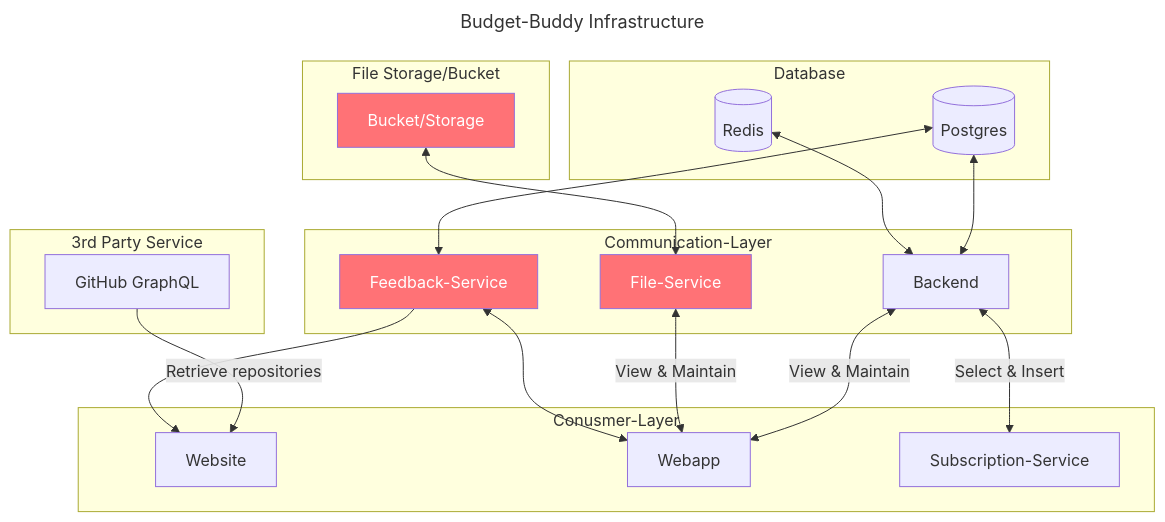
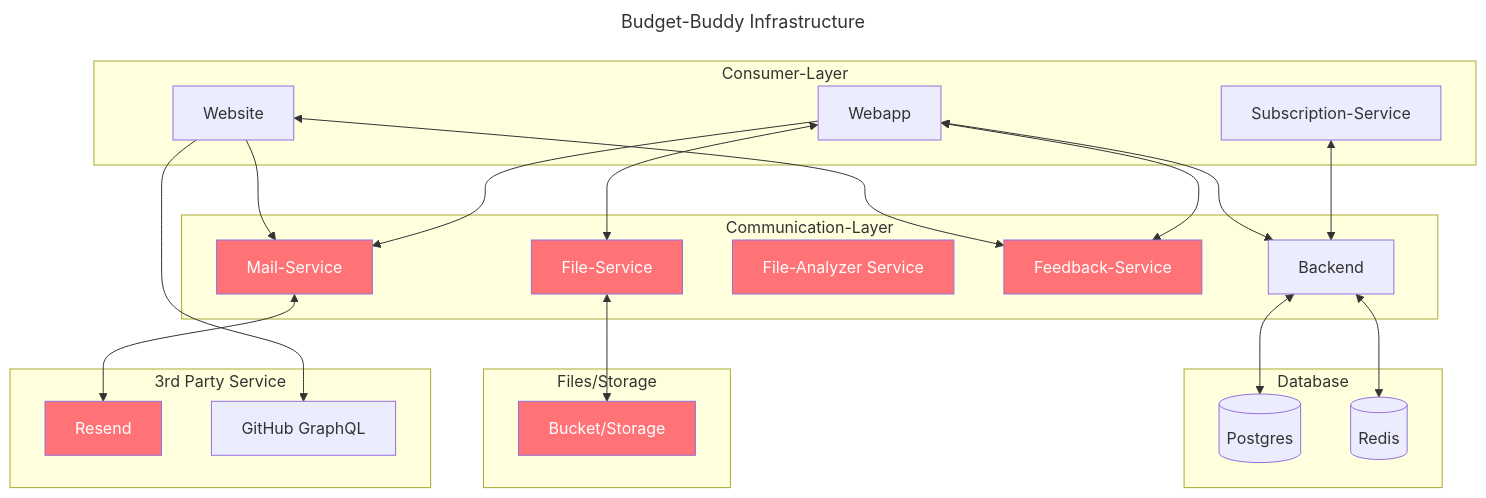
One commit to BudgetBuddyDE/setup changed the first of 2 diagrams in README.md. Above: the diagram before and after it, drawn with Mermaid.

Commit message:
docs: Update infrastructure plans

````diff
--- a/README.md
+++ b/README.md
@@ -8,42 +8,74 @@
 ```mermaid
 ---
 title: Budget-Buddy Infrastructure
 ---
 flowchart TD
 
-style bucket fill:#FF7276;
-style bucket color:#fff;
+style mail-service fill:#FF7276;
+style mail-service color:#fff;
 style file-service fill:#FF7276;
 style file-service color:#fff;
+style file-analyzer-service fill:#FF7276;
+style file-analyzer-service color:#fff;
 style feedback-service fill:#FF7276;
 style feedback-service color:#fff;
+style resend fill:#FF7276;
+style resend color:#fff;
+style storage fill:#FF7276;
+style storage color:#fff;
+
+webapp[Webapp]
+website[Website]
+subscription-service[Subscription-Service]
+mail-service[Mail-Service]
+feedback-service[Feedback-Service]
+file-service[File-Service]
+file-analyzer-service[File-Analyzer Service]
+backend[Backend]
+gh-api[GitHub GraphQL]
+resend[Resend]
+postgres[(Postgres)]
+redis[(Redis)]
+storage[Bucket/Storage]
+
+click website href "https://github.com/BudgetBuddyDE/Website"
+click webapp href "https://github.com/BudgetBuddyDE/Webapp"
+click subscription-service href "https://github.com/BudgetBuddyDE/Subscription-Service"
+click mail-service href "https://resend.com/"
+click file-service href "https://github.com/kleithor/file-service"
+click backend href "https://github.com/BudgetBuddyDE/Backend"
 
 subgraph "Database"
-  postgres[(Postgres)]
-  redis[(Redis)]
+  postgres
+  redis
 end
 
-subgraph "File Storage/Bucket"
-  bucket[Bucket/Storage]
+subgraph "Files/Storage"
+  storage
 end
 
 subgraph "3rd Party Service"
-  gh-api[GitHub GraphQL]
+  gh-api
+  resend
 end
 
 subgraph "Communication-Layer"
-  postgres <--> backend[Backend]
-  redis <--> backend[Backend]
-  bucket <--> file-service[File-Service]
-  postgres <--> feedback-service[Feedback-Service]
+  backend<-->postgres
+  backend<-->redis
+  feedback-service
+  mail-service<-->resend
+  file-analyzer-service
+  file-service<-->storage
 end
 
-subgraph "Conusmer-Layer"
-  gh-api -->|Retrieve repositories| website[Website]
-  backend <-->|View & Maintain| webapp[Webapp]
-  file-service <-->|View & Maintain| webapp[Webapp]
-  backend <-->|Select & Insert| sub-service[Subscription-Service]
-  feedback-service --> website
-  feedback-service <--> webapp
+subgraph "Consumer-Layer"
+  website<-->feedback-service
+  website-->gh-api
+  website-->mail-service
+  webapp<-->feedback-service
+  webapp-->mail-service
+  webapp<-->backend
+  webapp<-->file-service
+  subscription-service<-->backend
 end
 ```
````
